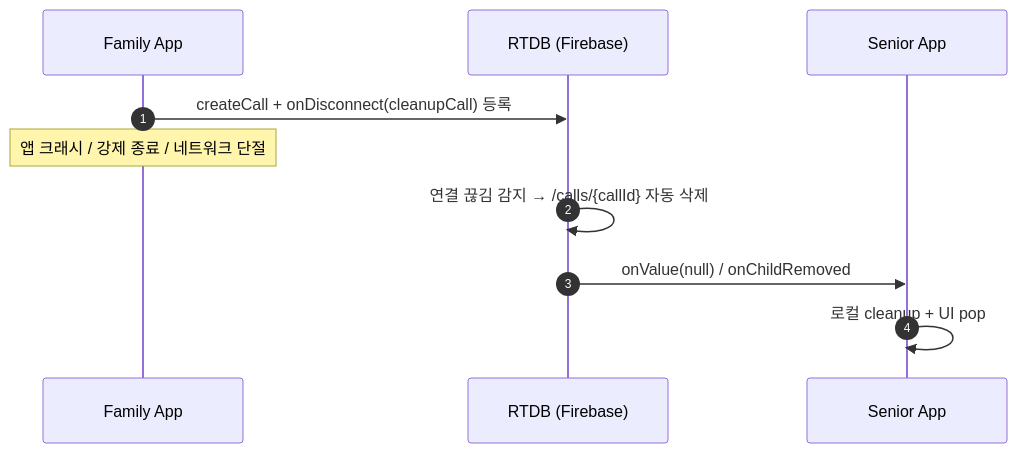
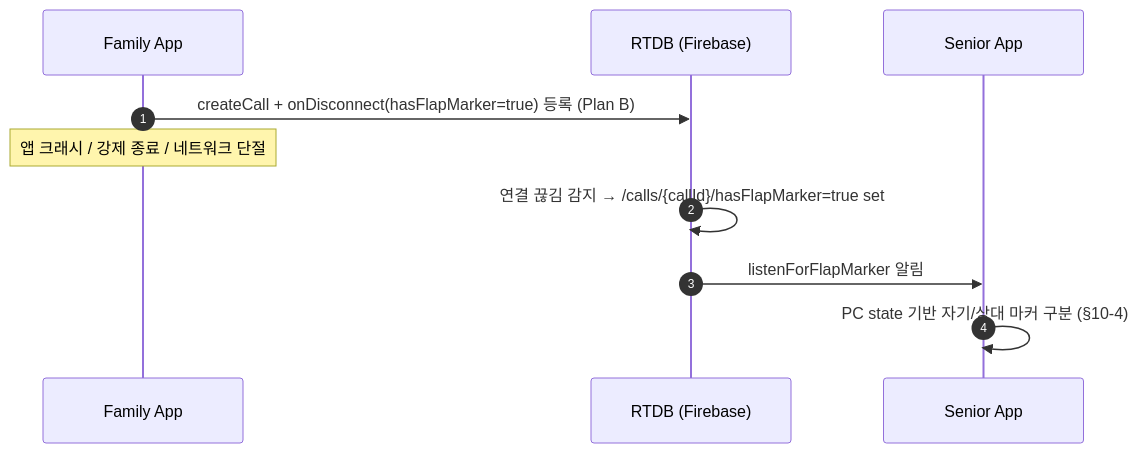
One commit to HANSOLJJ/senior_care_family changed the eighth of 13 diagrams in docs/call-scenarios.md. Above: the diagram before and after it, drawn with Mermaid. The commit also changed other lines of this file and 6 other files, not shown here.

````diff
--- a/docs/call-scenarios.md
+++ b/docs/call-scenarios.md
@@ -227,14 +240,14 @@
 ```mermaid
 %%{init: {'sequence': {'actorMargin':90, 'messageMargin':50, 'width':200}}}%%
 sequenceDiagram
     autonumber
     participant F as Family App
     participant R as RTDB (Firebase)
     participant S as Senior App
 
-    F->>R: createCall + onDisconnect(cleanupCall) 등록
+    F->>R: createCall + onDisconnect(hasFlapMarker=true) 등록 (Plan B)
     Note over F: 앱 크래시 / 강제 종료 / 네트워크 단절
-    R->>R: 연결 끊김 감지 → /calls/{callId} 자동 삭제
-    R->>S: onValue(null) / onChildRemoved
-    S->>S: 로컬 cleanup + UI pop
+    R->>R: 연결 끊김 감지 → /calls/{callId}/hasFlapMarker=true set
+    R->>S: listenForFlapMarker 알림
+    S->>S: PC state 기반 자기/상대 마커 구분 (§10-4)
 ```
````
